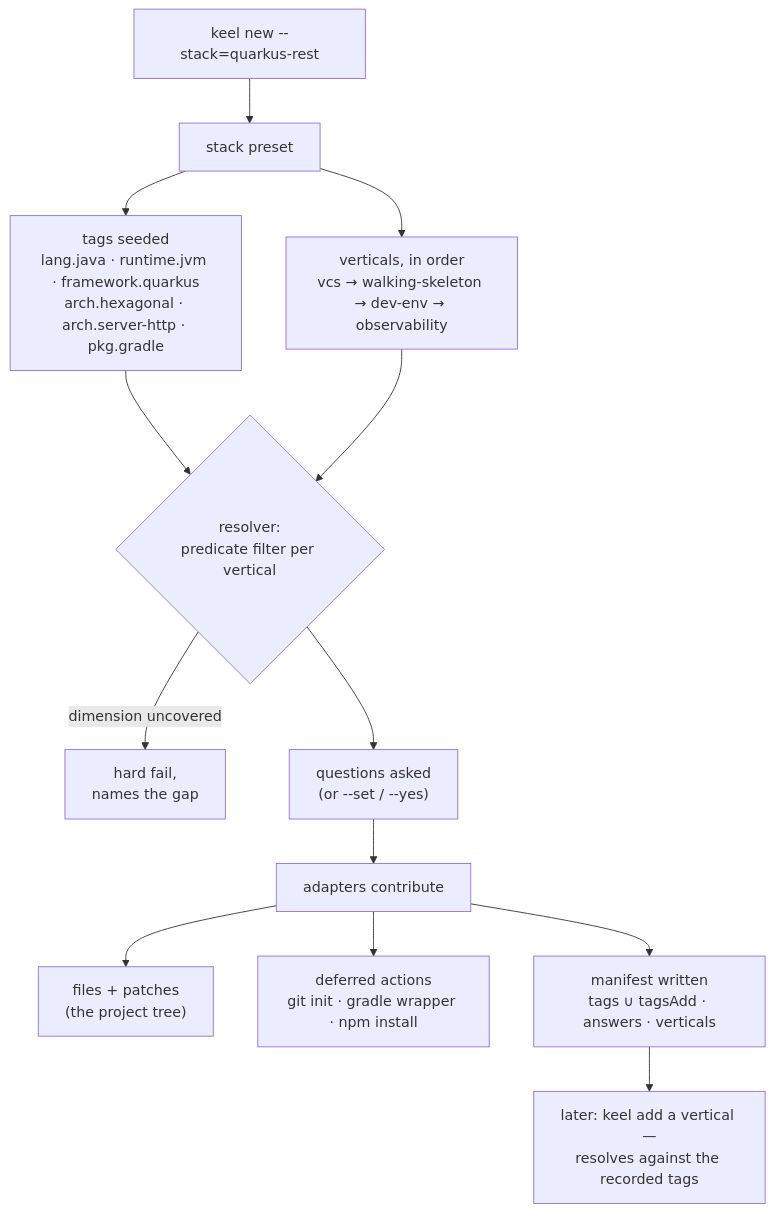
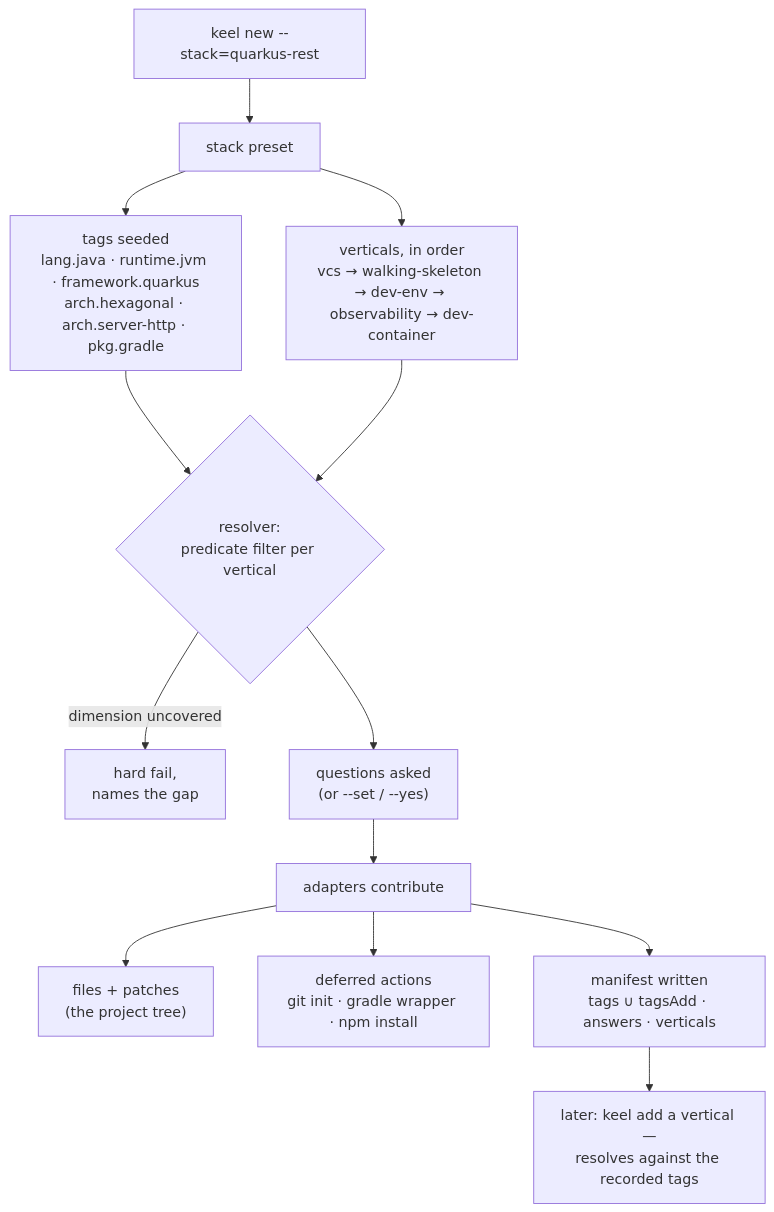
Before and after one commit to rgoussu-dev/Keel: the first of 2 diagrams in docs/composition.md, drawn with Mermaid. The commit also changed 25 other files, not shown here.

First line of the commit message:
feat(dev-container): Dev Container definition on every stack

````diff
--- a/docs/composition.md
+++ b/docs/composition.md
@@ -110,15 +110,15 @@
 ```mermaid
 flowchart TD
   U["keel new --stack=quarkus-rest"] --> S["stack preset"]
   S --> T["tags seeded<br/>lang.java · runtime.jvm · framework.quarkus<br/>arch.hexagonal · arch.server-http · pkg.gradle"]
-  S --> V["verticals, in order<br/>vcs → walking-skeleton → dev-env → observability"]
+  S --> V["verticals, in order<br/>vcs → walking-skeleton → dev-env → observability → dev-container"]
   T --> R{"resolver:<br/>predicate filter per vertical"}
   V --> R
   R -->|"dimension uncovered"| X["hard fail,<br/>names the gap"]
   R --> Q["questions asked<br/>(or --set / --yes)"]
   Q --> A["adapters contribute"]
   A --> F["files + patches<br/>(the project tree)"]
   A --> D["deferred actions<br/>git init · gradle wrapper · npm install"]
   A --> M["manifest written<br/>tags ∪ tagsAdd · answers · verticals"]
   M --> N["later: keel add a vertical —<br/>resolves against the recorded tags"]
 ```
````
